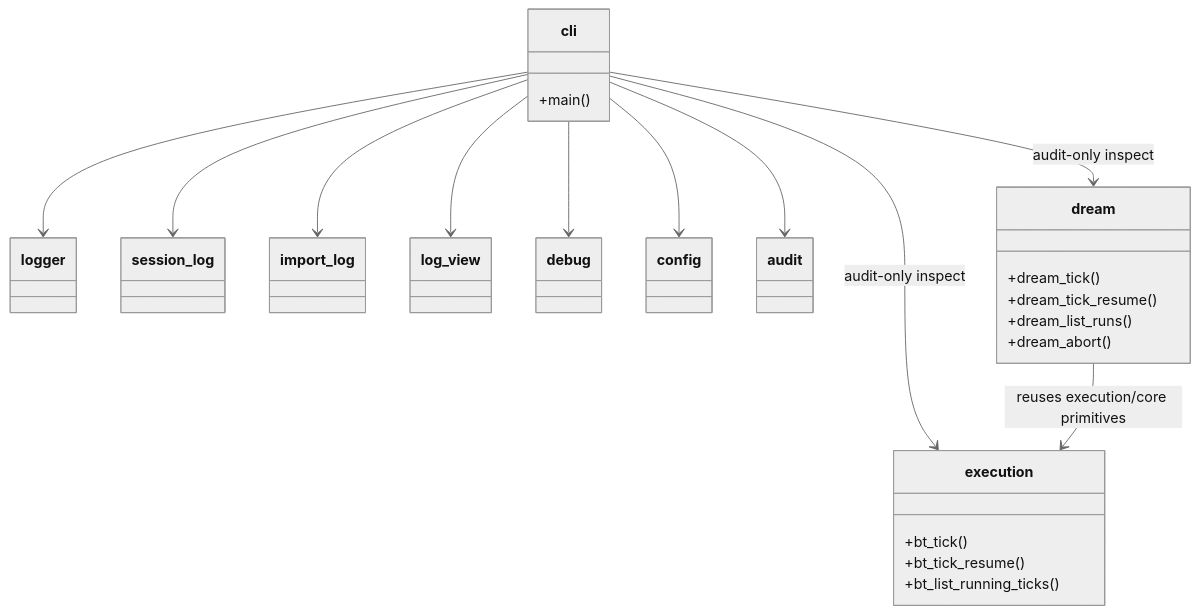
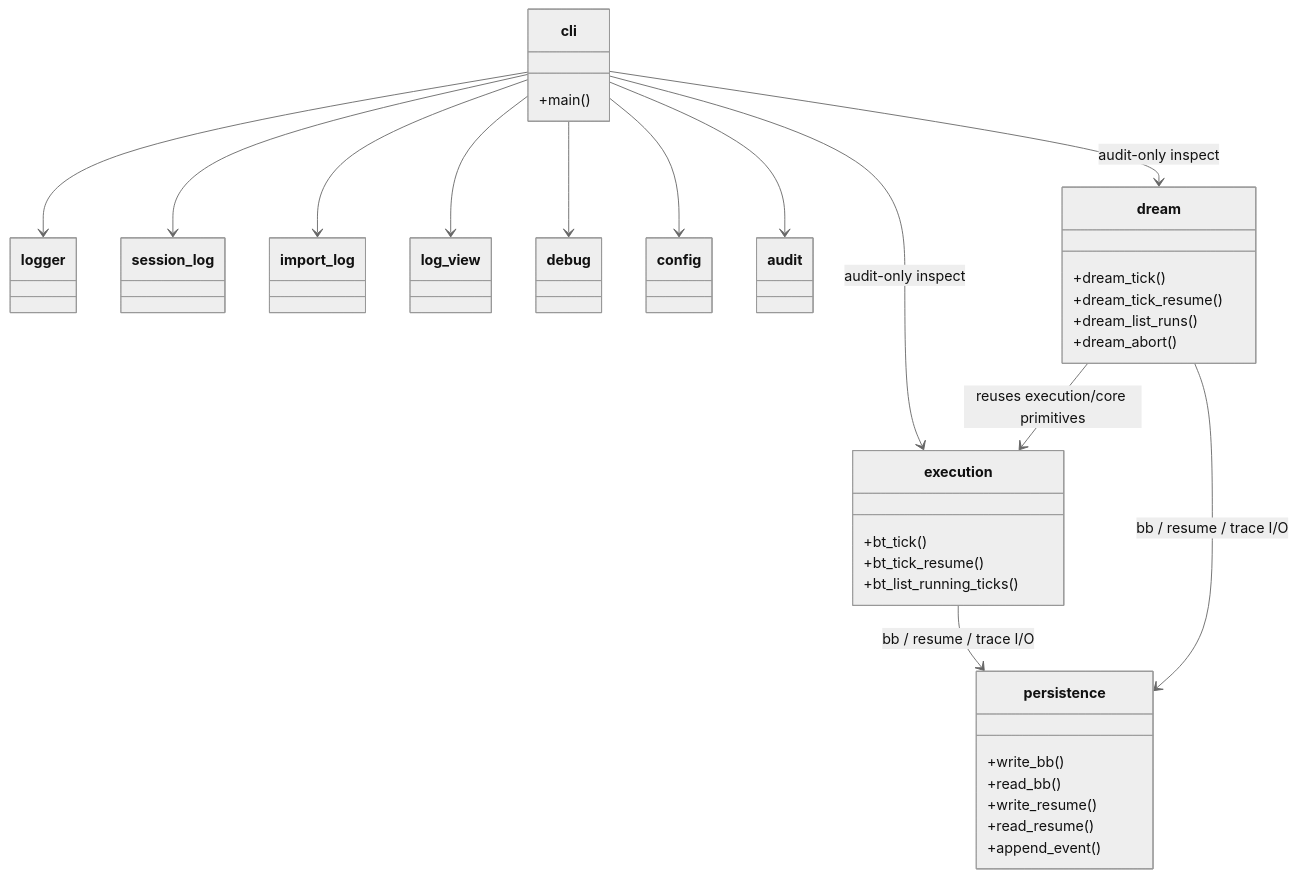
One commit to nan023062/agent-team-cc changed the diagram in v1/kernel/engine/.dna/module.md. Above: the diagram before and after it, drawn with Mermaid (neutral theme). The commit also changed other lines of this file and 57 other files, not shown here.

First line of the commit message:
refactor(engine): split loops/ into execution/loops/ and dream/loops/

````diff
--- a/v1/kernel/engine/.dna/module.md
+++ b/v1/kernel/engine/.dna/module.md
@@ -20,35 +20,44 @@
 ```mermaid
 classDiagram
     class cli {
         +main()
     }
     class logger
     class session_log
     class import_log
     class log_view
     class debug
     class config
     class audit
+    class persistence {
+        +write_bb()
+        +read_bb()
+        +write_resume()
+        +read_resume()
+        +append_event()
+    }
     class execution {
         +bt_tick()
         +bt_tick_resume()
         +bt_list_running_ticks()
     }
     class dream {
         +dream_tick()
         +dream_tick_resume()
         +dream_list_runs()
         +dream_abort()
     }
 
     cli --> logger
     cli --> session_log
     cli --> import_log
     cli --> log_view
     cli --> debug
     cli --> config
     cli --> audit
     cli --> execution : audit-only inspect
     cli --> dream : audit-only inspect
+    execution --> persistence : bb / resume / trace I/O
+    dream --> persistence : bb / resume / trace I/O
     dream --> execution : reuses execution/core primitives
 ```
````
